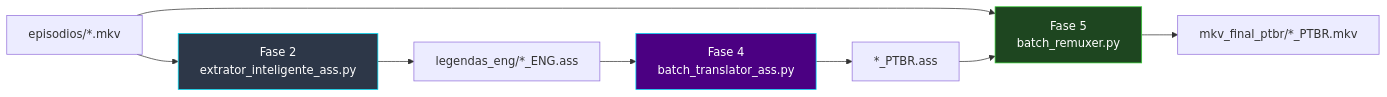
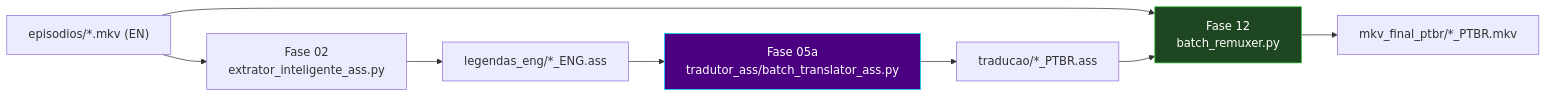
One commit to carmipa/projeto-tracker-animes-traducao changed the seventh of 15 diagrams in docs/arquitetura.md. Above: the diagram before and after it, drawn with Mermaid. The commit also changed other lines of this file and 42 other files, not shown here.

````diff
--- a/docs/arquitetura.md
+++ b/docs/arquitetura.md
@@ -220,14 +269,13 @@
 ```mermaid
 flowchart LR
-    MKV["episodios/*.mkv"] --> F2["Fase 2\nextrator_inteligente_ass.py"]
-    F2 --> ENG["legendas_eng/*_ENG.ass"]
-    ENG --> F4["Fase 4\nbatch_translator_ass.py"]
-    F4 --> PT["*_PTBR.ass"]
-    MKV --> F5["Fase 5\nbatch_remuxer.py"]
-    PT --> F5
-    F5 --> OUT["mkv_final_ptbr/*_PTBR.mkv"]
+    F_MKV["episodios/*.mkv (EN)"] --> F_F02["Fase 02<br/>extrator_inteligente_ass.py"]
+    F_F02 --> F_ENG["legendas_eng/*_ENG.ass"]
+    F_ENG --> F_F05A["Fase 05a<br/>tradutor_ass/batch_translator_ass.py"]
+    F_F05A --> F_ASS["traducao/*_PTBR.ass"]
+    F_MKV --> F_F12["Fase 12<br/>batch_remuxer.py"]
+    F_ASS --> F_F12
+    F_F12 --> F_OUT["mkv_final_ptbr/*_PTBR.mkv"]
 
-    style F2 fill:#2d3748,stroke:#00E5FF,color:#fff
-    style F4 fill:#4B0082,stroke:#00E5FF,color:#fff
-    style F5 fill:#1e4620,stroke:#32CD32,color:#fff
+    style F_F05A fill:#4B0082,stroke:#00E5FF,color:#fff
+    style F_F12 fill:#1e4620,stroke:#32CD32,color:#fff
 ```
````
